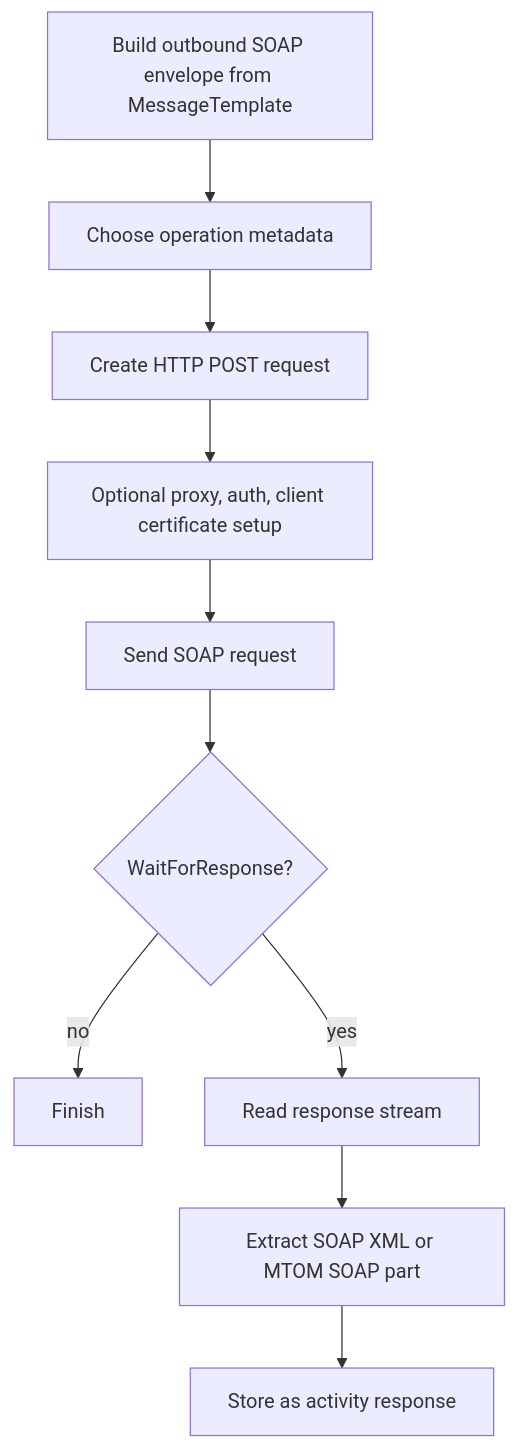
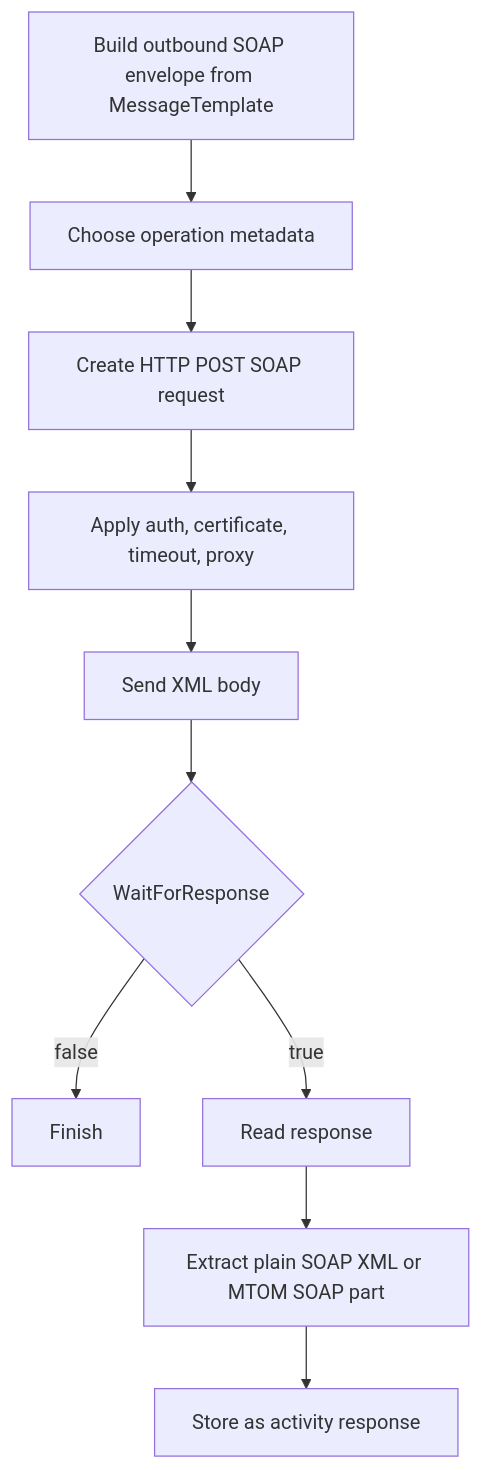
The diagram in docs/workflow/sender-activities/web-service-sender.md (IntegrationSoup/Documentation), drawn with Mermaid before and after one commit. The commit also changed other lines of this file and 6 other files, not shown here.

````diff
--- a/docs/workflow/sender-activities/web-service-sender.md
+++ b/docs/workflow/sender-activities/web-service-sender.md
@@ -11,12 +11,12 @@
 ```mermaid
 flowchart TD
     A[Build outbound SOAP envelope from MessageTemplate] --> B[Choose operation metadata]
-    B --> C[Create HTTP POST request]
-    C --> D[Optional proxy, auth, client certificate setup]
-    D --> E[Send SOAP request]
-    E --> F{WaitForResponse?}
-    F -- no --> G[Finish]
-    F -- yes --> H[Read response stream]
-    H --> I[Extract SOAP XML or MTOM SOAP part]
+    B --> C[Create HTTP POST SOAP request]
+    C --> D[Apply auth, certificate, timeout, proxy]
+    D --> E[Send XML body]
+    E --> F{WaitForResponse}
+    F -- false --> G[Finish]
+    F -- true --> H[Read response]
+    H --> I[Extract plain SOAP XML or MTOM SOAP part]
     I --> J[Store as activity response]
 ```
````
